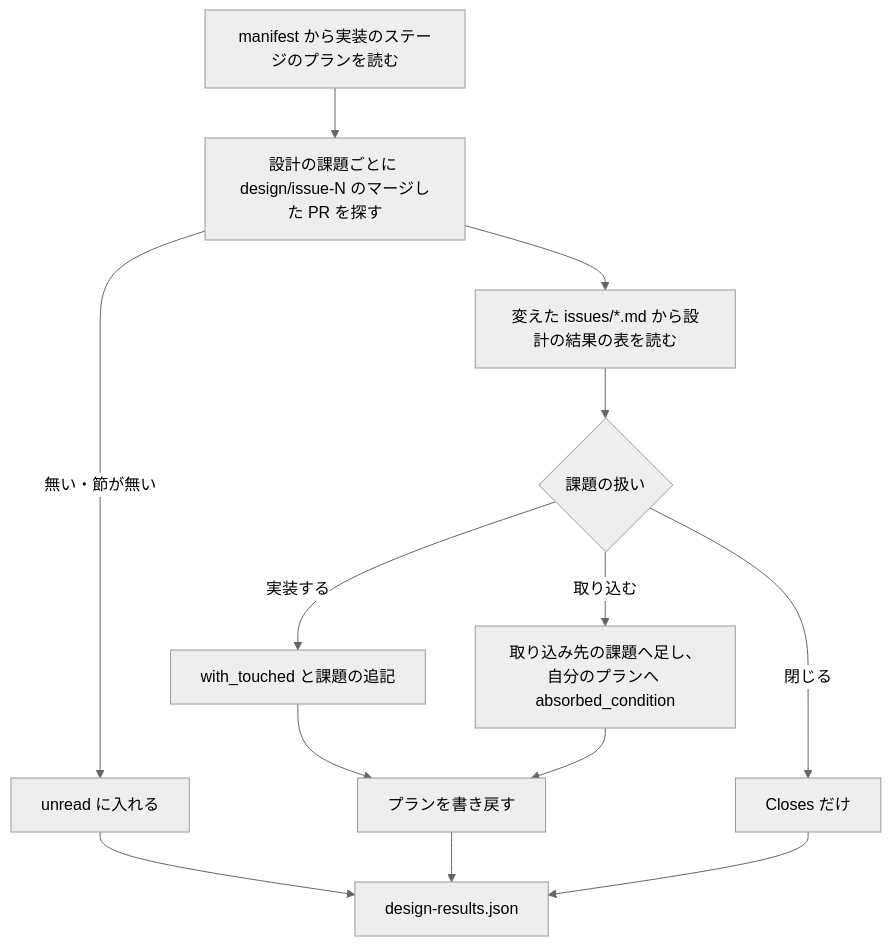
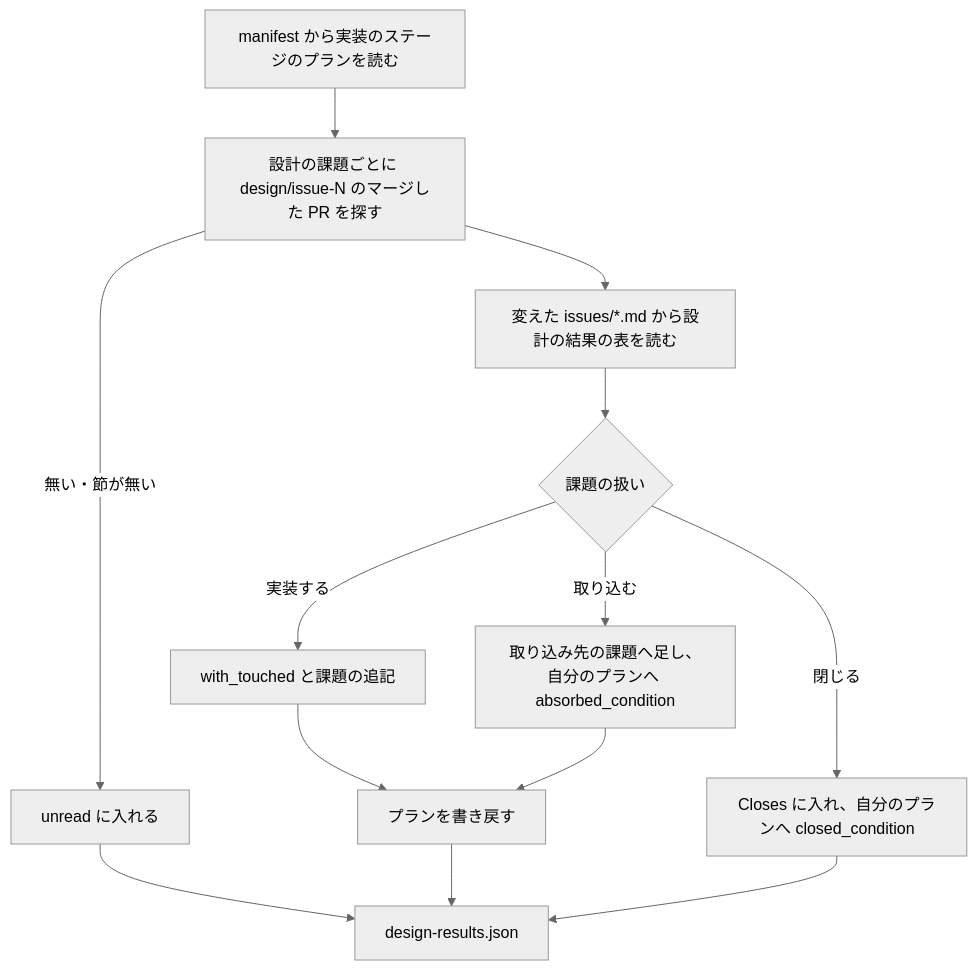
Before and after one commit to devbasex/ai-plugins: the fifth of 5 diagrams in issues/issue-1485-design.md, drawn with Mermaid (neutral theme). The commit also changed other lines of this file and 7 other files, not shown here.

````diff
--- a/issues/issue-1485-design.md
+++ b/issues/issue-1485-design.md
@@ -338,15 +338,15 @@
 ```mermaid
 graph TD
     A[manifest から実装のステージのプランを読む] --> B[設計の課題ごとに design/issue-N のマージした PR を探す]
     B -->|無い・節が無い| U[unread に入れる]
     B --> C[変えた issues/*.md から設計の結果の表を読む]
     C --> E{課題の扱い}
     E -->|実装する| F[with_touched と課題の追記]
     E -->|取り込む| G[取り込み先の課題へ足し、自分のプランへ absorbed_condition]
-    E -->|閉じる| H[Closes だけ]
+    E -->|閉じる| H[Closes に入れ、自分のプランへ closed_condition]
     F --> W[プランを書き戻す]
     G --> W
     H --> J[design-results.json]
     U --> J
     W --> J
 ```
````
